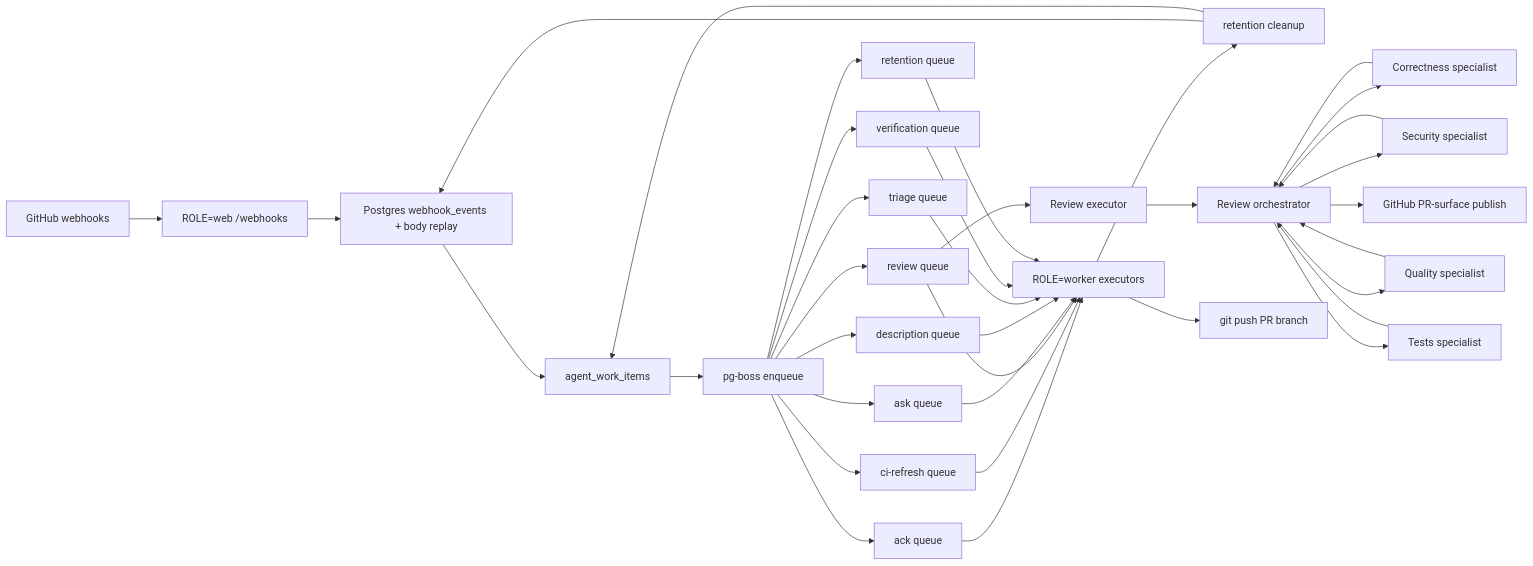
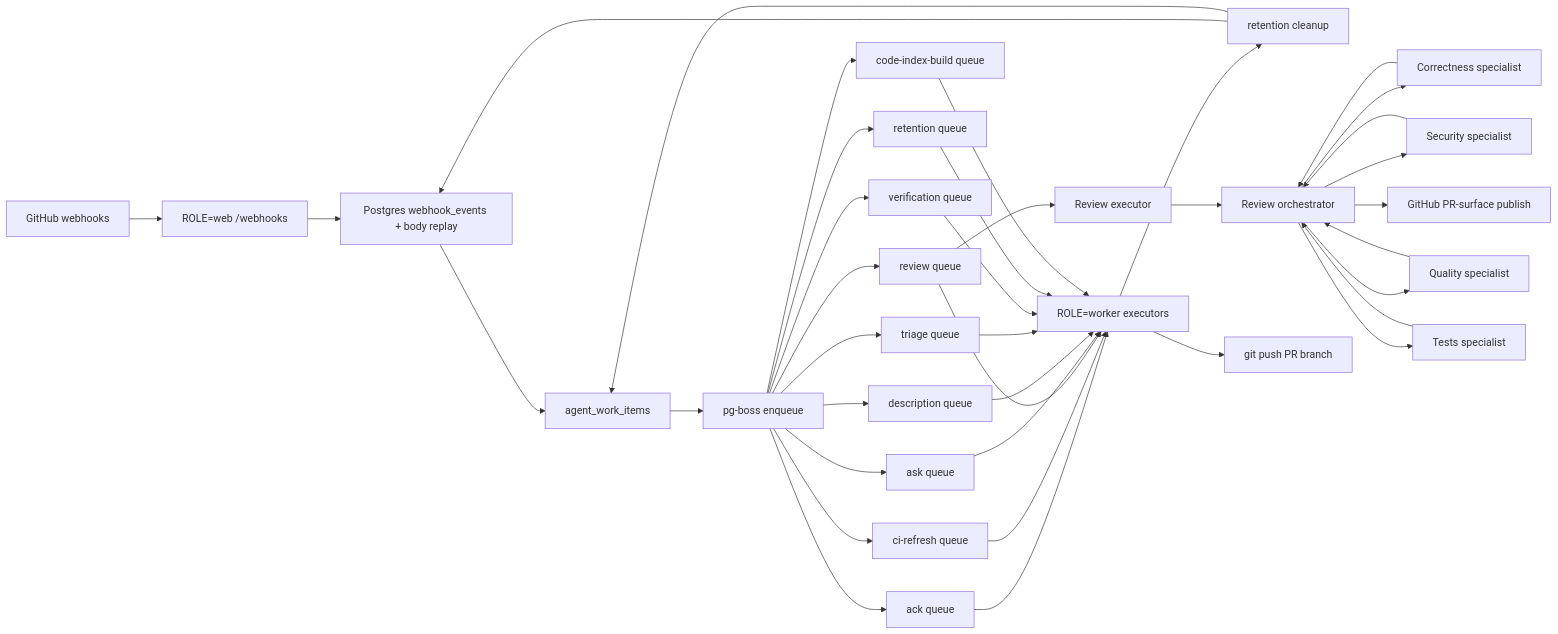
The diagram in README.md (prathamdby/pr-agent), drawn with Mermaid before and after one commit. The commit also changed other lines of this file and 24 other files, not shown here.

````diff
--- a/README.md
+++ b/README.md
@@ -229,38 +254,40 @@
 ```mermaid
 flowchart LR
   GitHub[GitHub webhooks] --> Web["ROLE=web /webhooks"]
   Web --> Dedupe[Postgres webhook_events + body replay]
   Dedupe --> Items[agent_work_items]
   Items --> Boss[pg-boss enqueue]
   Boss --> AckQ[ack queue]
   Boss --> CiRefQ[ci-refresh queue]
   Boss --> RevQ[review queue]
   Boss --> AskQ[ask queue]
   Boss --> DescQ[description queue]
   Boss --> TriageQ[triage queue]
   Boss --> VerifQ[verification queue]
   Boss --> RetQ[retention queue]
+  Boss --> CodeIdxQ[code-index-build queue]
   AckQ --> Worker["ROLE=worker executors"]
   CiRefQ --> Worker
   RevQ --> Worker
   AskQ --> Worker
   DescQ --> Worker
   TriageQ --> Worker
   VerifQ --> Worker
   RetQ --> Worker
+  CodeIdxQ --> Worker
   Worker --> Retention[retention cleanup]
   Retention --> Dedupe
   Retention --> Items
   RevQ --> ReviewExec[Review executor]
   ReviewExec --> Orchestrator[Review orchestrator]
   Orchestrator --> Correctness[Correctness specialist]
   Orchestrator --> Security[Security specialist]
   Orchestrator --> Quality[Quality specialist]
   Orchestrator --> Tests[Tests specialist]
   Correctness --> Orchestrator
   Security --> Orchestrator
   Quality --> Orchestrator
   Tests --> Orchestrator
   Orchestrator --> Publish[GitHub PR-surface publish]
   Worker --> Push[git push PR branch]
 ```
````
